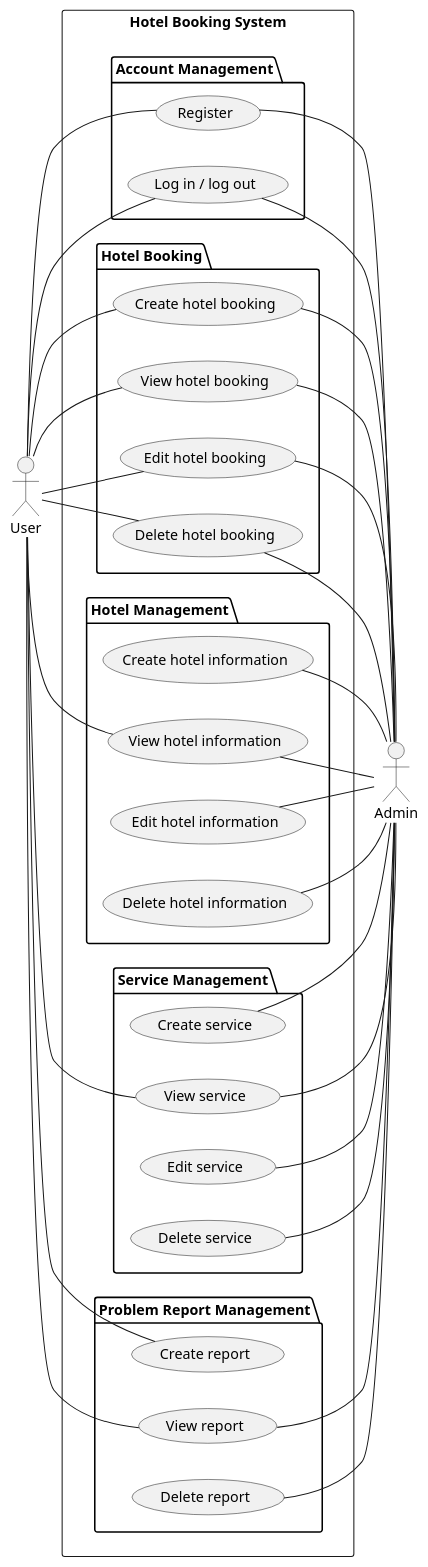
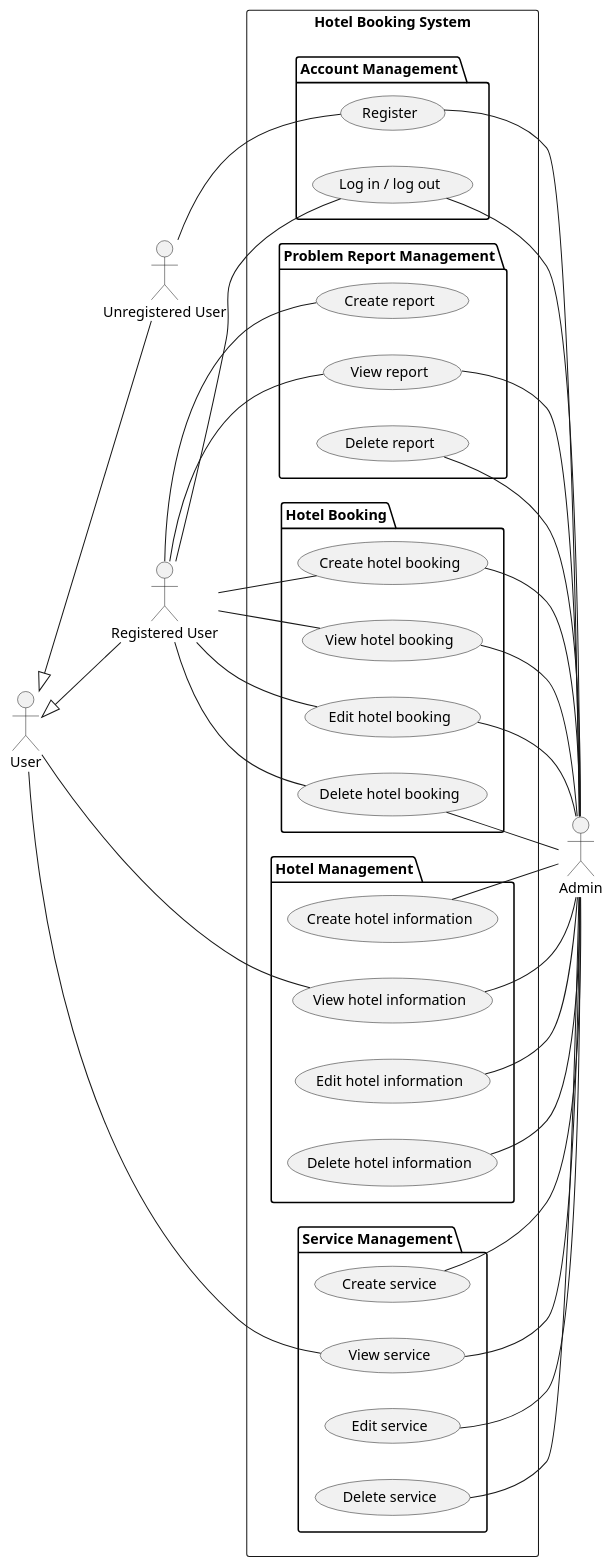
One commit to PaMEllAaaa/ProductiveDuck changed the diagram in diagram/Use_Case_Diagram.puml. Above: the diagram before and after it, drawn with PlantUML.

Commit message:
fixed: edit use case diagram

```diff
--- a/diagram/Use_Case_Diagram.puml
+++ b/diagram/Use_Case_Diagram.puml
@@ -1,64 +1,70 @@
 @startuml Hotel Booking System Use Case Diagram
 left to right direction
 actor "User" as user
+actor "Unregistered User" as unregUser
+actor "Registered User" as regUser
+actor "Admin" as admin
+
+user <|-- unregUser
+user <|-- regUser
+
 rectangle "Hotel Booking System" as HotelBookingSystem {
     package "Account Management" as AccountManagement {
         usecase "Register" as register
         usecase "Log in / log out" as loginlogout
     }
     package "Hotel Booking" as HotelBooking {
         usecase "Create hotel booking" as createHotelBooking
         usecase "View hotel booking" as viewHotelBooking
         usecase "Edit hotel booking" as editHotelBooking
         usecase "Delete hotel booking" as deleteHotelBooking
     }
     package "Hotel Management" as HotelManagement {
         usecase "Create hotel information" as createHotelInfo
         usecase "View hotel information" as viewHotelInfo
         usecase "Edit hotel information" as editHotelInfo
         usecase "Delete hotel information" as deleteHotelInfo
     } 
     package "Service Management" as ServiceManagement {
         usecase "Create service" as createService
         usecase "View service" as viewService
         usecase "Edit service" as editService
         usecase "Delete service" as deleteService
     } 
     package "Problem Report Management" as ReportManagement {
         usecase "Create report" as createReport
         usecase "View report" as viewReport
         usecase "Delete report" as deleteReport
     }
 
 }
 
-user -- register
-user -- loginlogout
-user -- createHotelBooking
-user -- viewHotelBooking
-user -- editHotelBooking
-user -- deleteHotelBooking
+unregUser -- register
+regUser -- loginlogout
+regUser -- createHotelBooking
+regUser -- viewHotelBooking
+regUser -- editHotelBooking
+regUser -- deleteHotelBooking
 user -- viewHotelInfo
 user -- viewService
-user -- createReport
-user -- viewReport
+regUser -- createReport
+regUser -- viewReport
 
-actor "Admin" as admin
 register -- admin
 loginlogout -- admin
 createHotelBooking -- admin
 viewHotelBooking -- admin
 editHotelBooking -- admin
 deleteHotelBooking -- admin
 createHotelInfo -- admin
 viewHotelInfo -- admin
 editHotelInfo -- admin
 deleteHotelInfo -- admin
 createService -- admin
 viewService -- admin
 editService -- admin
 deleteService -- admin
 viewReport -- admin
 deleteReport -- admin
 
 @enduml
```
